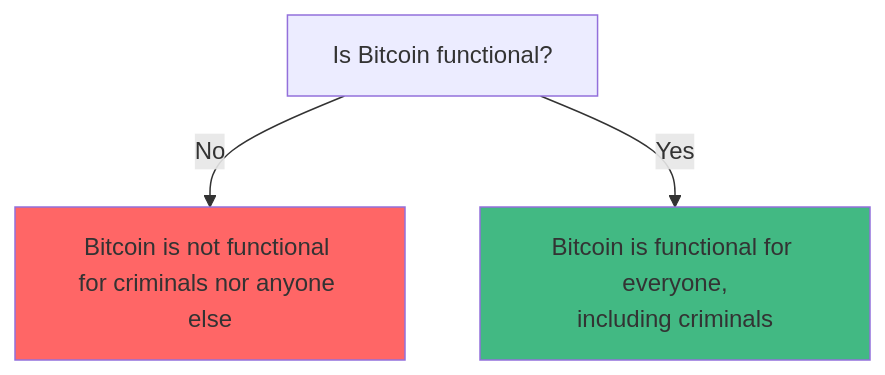
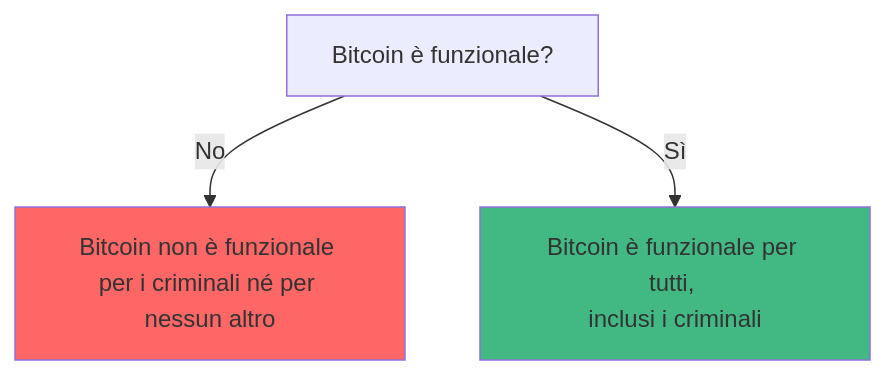
Before and after one commit to rene78/BitcoinMythBusters: the first of 2 diagrams in it/README.md, drawn with Mermaid. The commit also changed other lines of this file, not shown here.

````diff
--- a/it/README.md
+++ b/it/README.md
@@ -54,8 +54,8 @@
   ```mermaid
   graph TD
-  A[Is Bitcoin functional?] --> |No| B[Bitcoin is not functional <br/>for criminals nor anyone else]
-  A --> |Yes| C[Bitcoin is functional for everyone,<br/>including criminals]
+  A[Bitcoin è funzionale?] --> |No| B[Bitcoin non è funzionale <br/>per i criminali né per nessun altro]
+  A --> |Sì| C[Bitcoin è funzionale per tutti, <br/>inclusi i criminali]
 
   style B fill:#ff6666
   style C fill:#42B983
   ```
````
